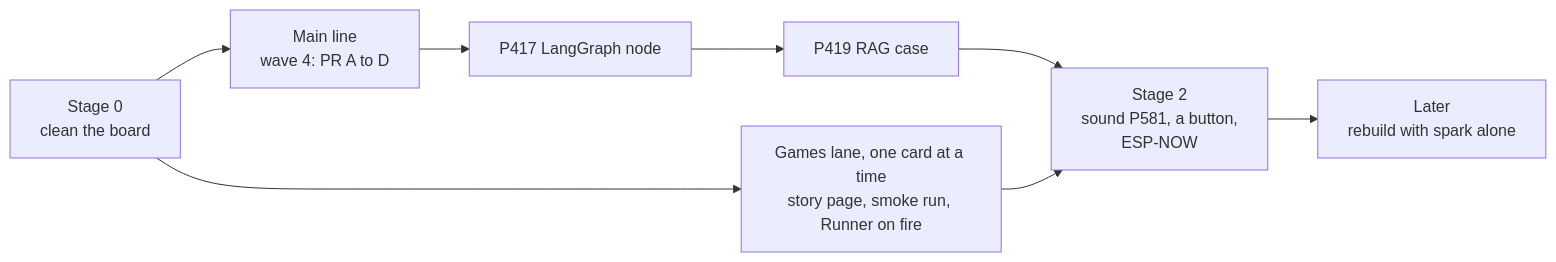
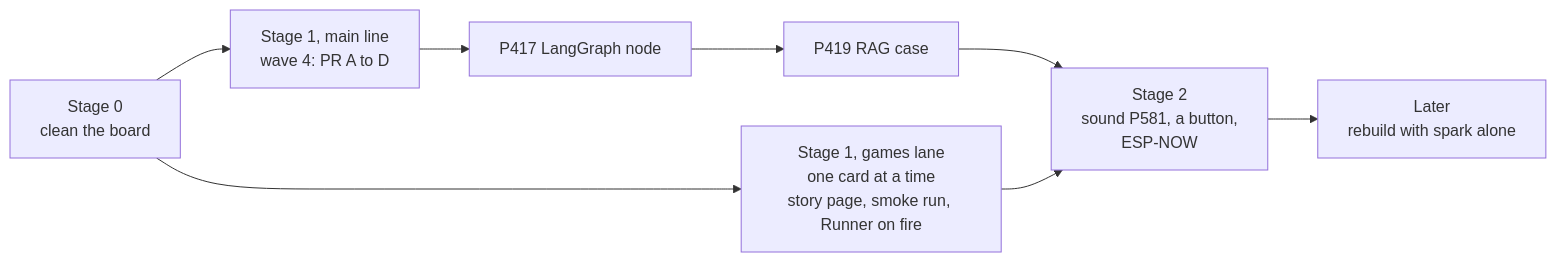
One commit to xmejkal/spark changed the diagram in docs/discovery/2026-11-06-p653-showcase-order/README.md. Above: the diagram before and after it, drawn with Mermaid. The commit also changed other lines of this file and 5 other files, not shown here.

````diff
--- a/docs/discovery/2026-11-06-p653-showcase-order/README.md
+++ b/docs/discovery/2026-11-06-p653-showcase-order/README.md
@@ -56,10 +56,10 @@
 ```mermaid
 flowchart LR
-  S0["Stage 0<br/>clean the board"] --> M1["Main line<br/>wave 4: PR A to D"]
+  S0["Stage 0<br/>clean the board"] --> M1["Stage 1, main line<br/>wave 4: PR A to D"]
   M1 --> M2["P417 LangGraph node"]
   M2 --> M3["P419 RAG case"]
-  S0 --> G["Games lane, one card at a time<br/>story page, smoke run, Runner on fire"]
+  S0 --> G["Stage 1, games lane<br/>one card at a time<br/>story page, smoke run, Runner on fire"]
   M3 --> S2["Stage 2<br/>sound P581, a button,<br/>ESP-NOW"]
   G --> S2
   S2 --> L["Later<br/>rebuild with spark alone"]
 ```
````
